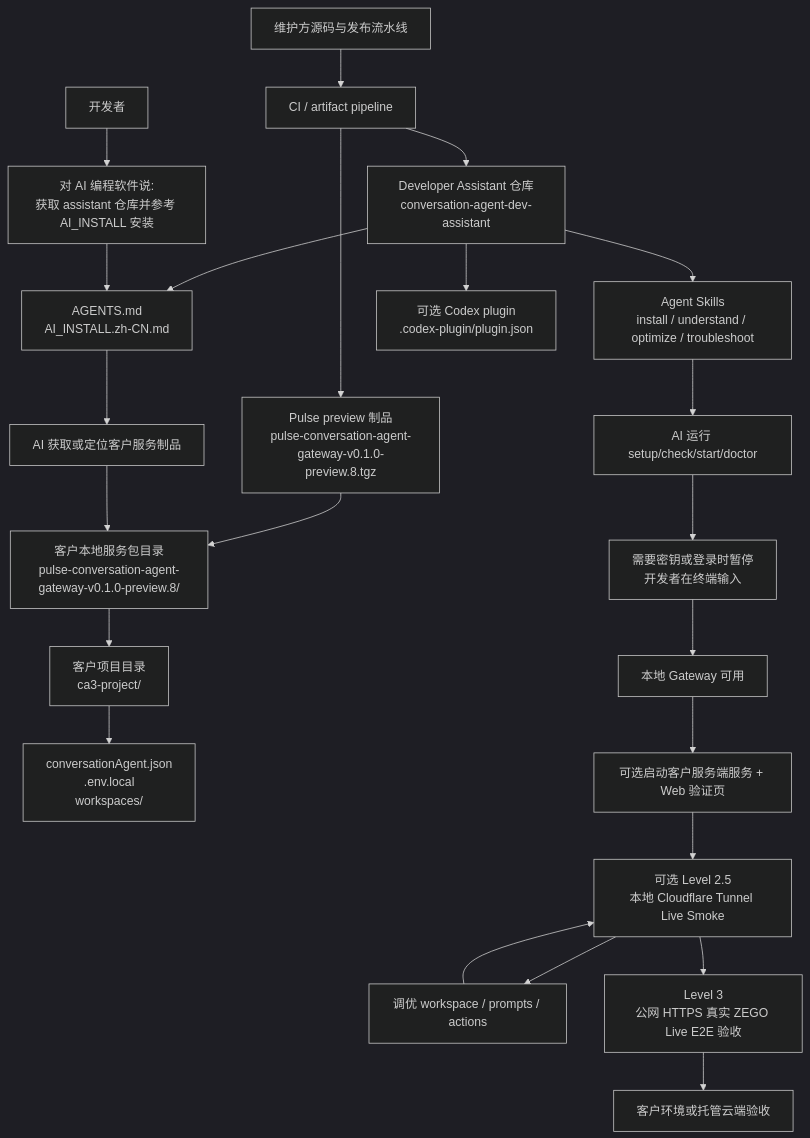
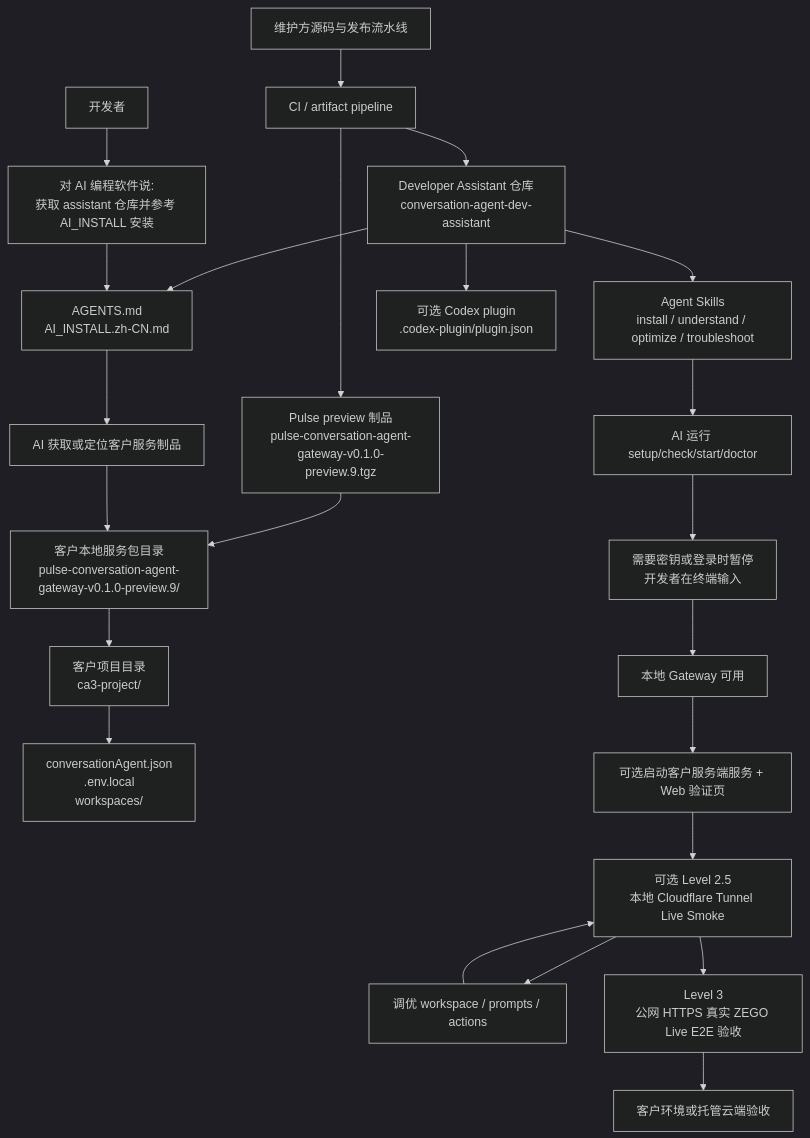
The diagram in README.zh-CN.md (ZEGOCLOUD/conversation-agent-dev-assistant), drawn with Mermaid (dark theme) before and after one commit. The commit also changed other lines of this file and 3 other files, not shown here.

Commit message:
docs: point assistant to pulse preview 0.1.0-preview.9

````diff
--- a/README.zh-CN.md
+++ b/README.zh-CN.md
@@ -16,28 +16,28 @@
 ```mermaid
 flowchart TD
   A["维护方源码与发布流水线"] --> B["CI / artifact pipeline"]
-  B --> C["Pulse preview 制品<br/>pulse-conversation-agent-gateway-v0.1.0-preview.8.tgz"]
+  B --> C["Pulse preview 制品<br/>pulse-conversation-agent-gateway-v0.1.0-preview.9.tgz"]
   B --> D["Developer Assistant 仓库<br/>conversation-agent-dev-assistant"]
 
-  C --> E["客户本地服务包目录<br/>pulse-conversation-agent-gateway-v0.1.0-preview.8/"]
+  C --> E["客户本地服务包目录<br/>pulse-conversation-agent-gateway-v0.1.0-preview.9/"]
   E --> F["客户项目目录<br/>ca3-project/"]
   F --> G["conversationAgent.json<br/>.env.local<br/>workspaces/"]
 
   D --> H["AGENTS.md<br/>AI_INSTALL.zh-CN.md"]
   D --> I["Agent Skills<br/>install / understand / optimize / troubleshoot"]
   D --> J["可选 Codex plugin<br/>.codex-plugin/plugin.json"]
 
   K["开发者"] --> L["对 AI 编程软件说:<br/>获取 assistant 仓库并参考 AI_INSTALL 安装"]
   L --> H
   H --> M["AI 获取或定位客户服务制品"]
   M --> E
   I --> N["AI 运行 setup/check/start/doctor"]
   N --> O["需要密钥或登录时暂停<br/>开发者在终端输入"]
   O --> P["本地 Gateway 可用"]
   P --> Q["可选启动客户服务端服务 + Web 验证页"]
   Q --> R["可选 Level 2.5<br/>本地 Cloudflare Tunnel Live Smoke"]
   R --> S["调优 workspace / prompts / actions"]
   S --> R
   R --> T["Level 3<br/>公网 HTTPS 真实 ZEGO Live E2E 验收"]
   T --> U["客户环境或托管云端验收"]
 ```
````
